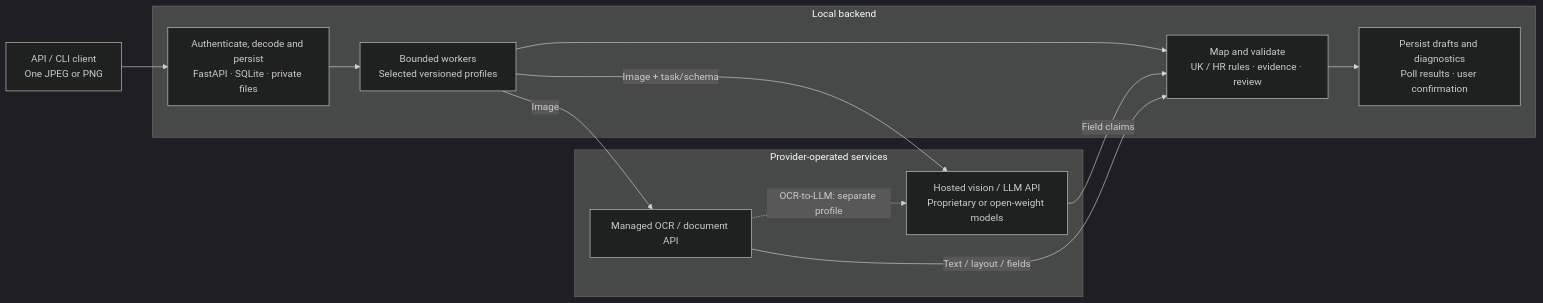
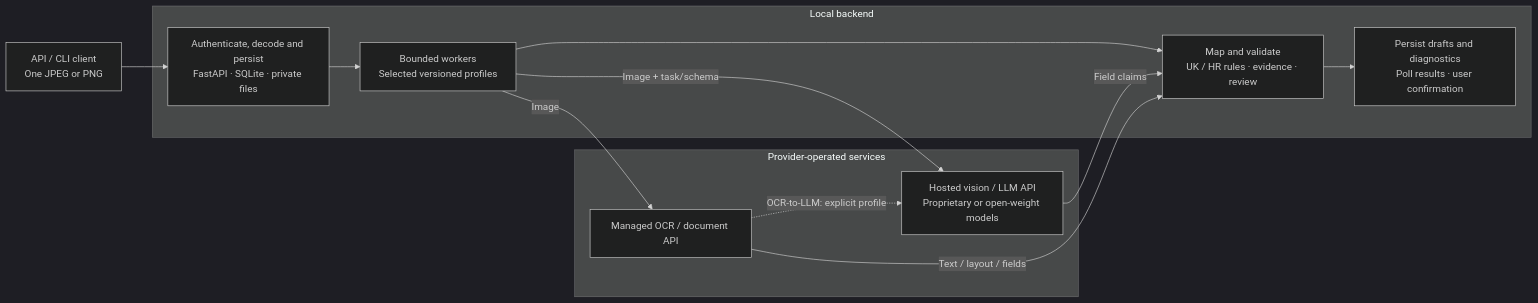
Before and after one commit to azikus/scan-and-pay-poc: the diagram in docs/ARCHITECTURE.md, drawn with Mermaid (dark theme). The commit also changed other lines of this file and 90 other files, not shown here.

````diff
--- a/docs/ARCHITECTURE.md
+++ b/docs/ARCHITECTURE.md
@@ -7,18 +9,18 @@
 ```mermaid
 flowchart LR
     C["API / CLI client<br/>One JPEG or PNG"] --> A
     subgraph Local["Local backend"]
         A["Authenticate, decode and persist<br/>FastAPI · SQLite · private files"] --> W["Bounded workers<br/>Selected versioned profiles"]
         W --> R["Map and validate<br/>UK / HR rules · evidence · review"]
         R --> P["Persist drafts and diagnostics<br/>Poll results · user confirmation"]
     end
     subgraph Hosted["Provider-operated services"]
         V["Hosted vision / LLM API<br/>Proprietary or open-weight models"]
         O["Managed OCR / document API"]
     end
     W -->|"Image + task/schema"| V
     V -->|"Field claims"| R
     W -->|"Image"| O
     O -->|"Text / layout / fields"| R
-    O -.->|"OCR-to-LLM: separate profile"| V
+    O -.->|"OCR-to-LLM: explicit profile"| V
 ```
````
